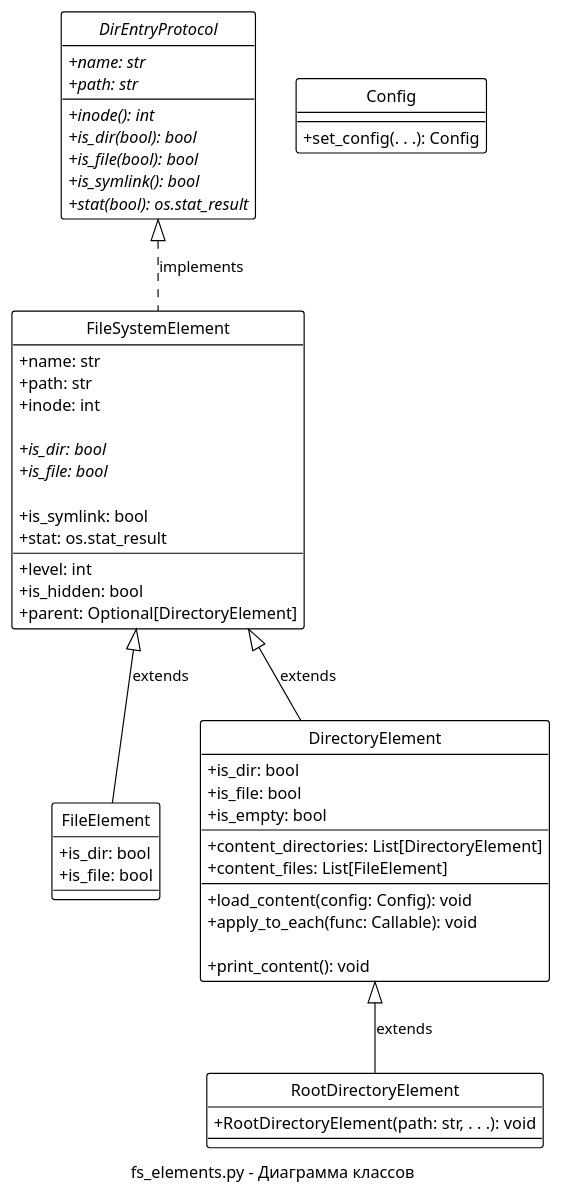
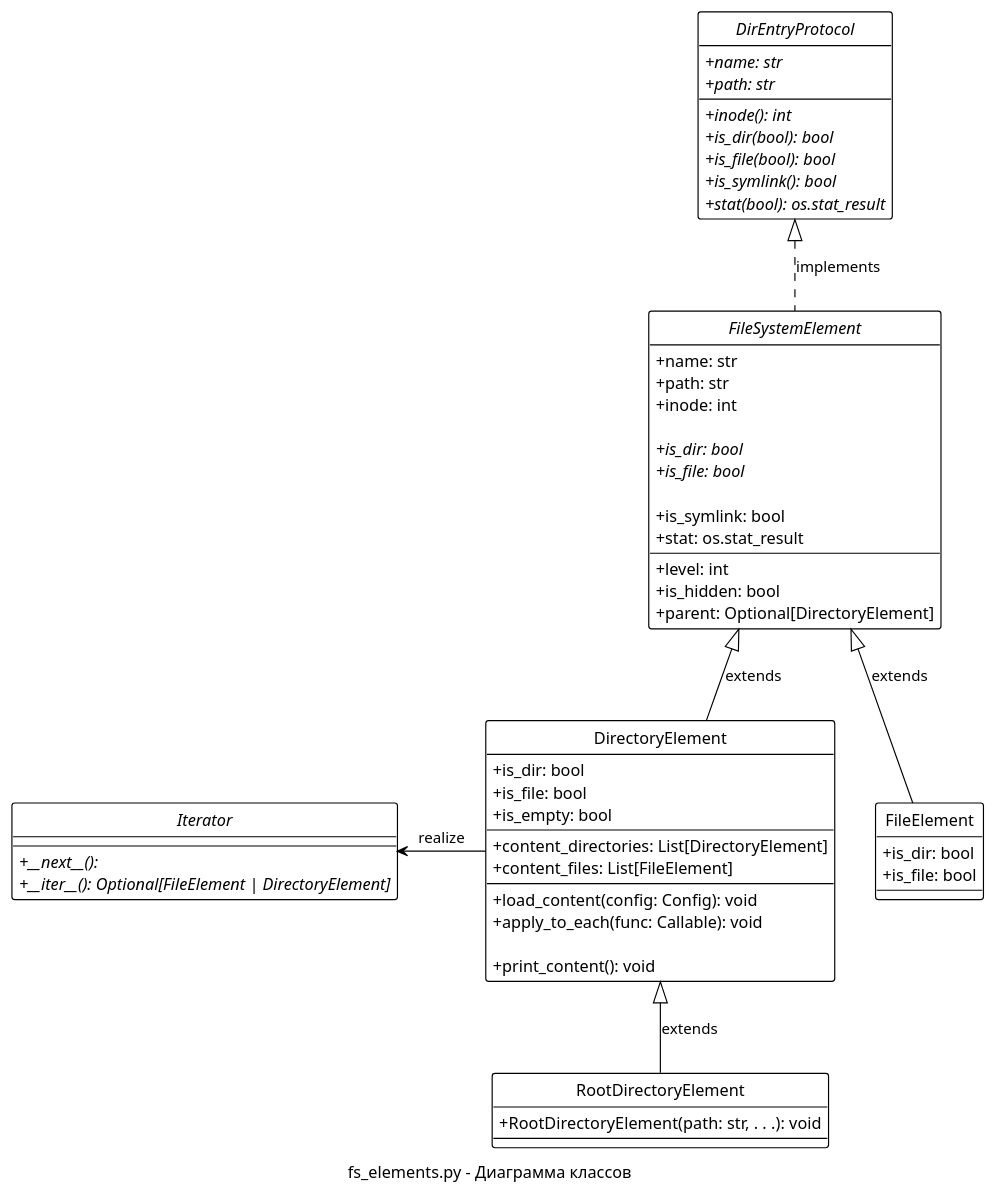
Before and after one commit to LumenGNU/ldir: the second of 3 diagrams in ldir.md, drawn with PlantUML. The commit also changed other lines of this file and 3 other files, not shown here.

````diff
--- a/ldir.md
+++ b/ldir.md
@@ -181,74 +181,77 @@
 ```plantuml
 @startuml fs_elements.py - Диаграмма классов
 
 !theme plain
 
 skinparam style strictuml
 skinparam classAttributeIconSize 0
 
 interface DirEntryProtocol {
   {abstract} +name: str
   {abstract} +path: str
   {abstract} +inode(): int
   {abstract} +is_dir(bool): bool
   {abstract} +is_file(bool): bool
   {abstract} +is_symlink(): bool
   {abstract} +stat(bool): os.stat_result
 }
 
-class FileSystemElement {
+abstract class FileSystemElement {
   +name: str
   +path: str
   +inode: int
 
   +{abstract} is_dir: bool
   +{abstract} is_file: bool
 
   +is_symlink: bool
   +stat: os.stat_result
   --
   +level: int
   +is_hidden: bool
   +parent: Optional[DirectoryElement]
 }
 
 class FileElement {
   +is_dir: bool
   +is_file: bool
 }
 
 class DirectoryElement {
   +is_dir: bool
   +is_file: bool
   +is_empty: bool
   ---
   +content_directories: List[DirectoryElement]
   +content_files: List[FileElement]
   ---
   +load_content(config: Config): void
   +apply_to_each(func: Callable): void
 
   +print_content(): void
 }
 
 class RootDirectoryElement {
   +RootDirectoryElement(path: str, . . .): void
   ---
 }
 
-class Config {
-  +set_config(. . .): Config
+
+interface Iterator {
+  {abstract} +__next__():
+  {abstract} +__iter__(): Optional[FileElement | DirectoryElement]
 }
+
+
 
 DirEntryProtocol <|.. FileSystemElement : implements
 FileSystemElement <|-- FileElement : extends
 FileSystemElement <|-- DirectoryElement : extends
 DirectoryElement <|-- RootDirectoryElement : extends
 
+DirectoryElement -left-> Iterator : realize
+
 
 caption fs_elements.py - Диаграмма классов
 @enduml
-
-@enduml
-
 ```
````
